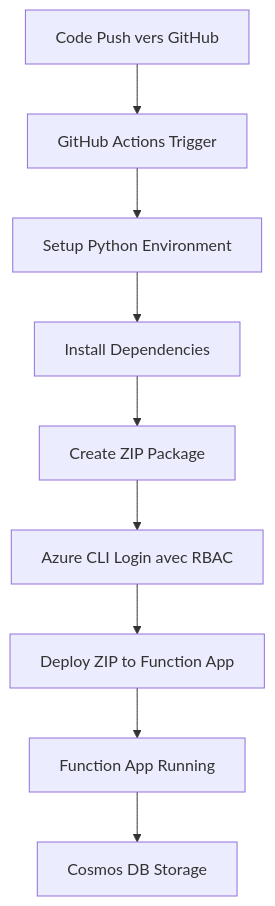
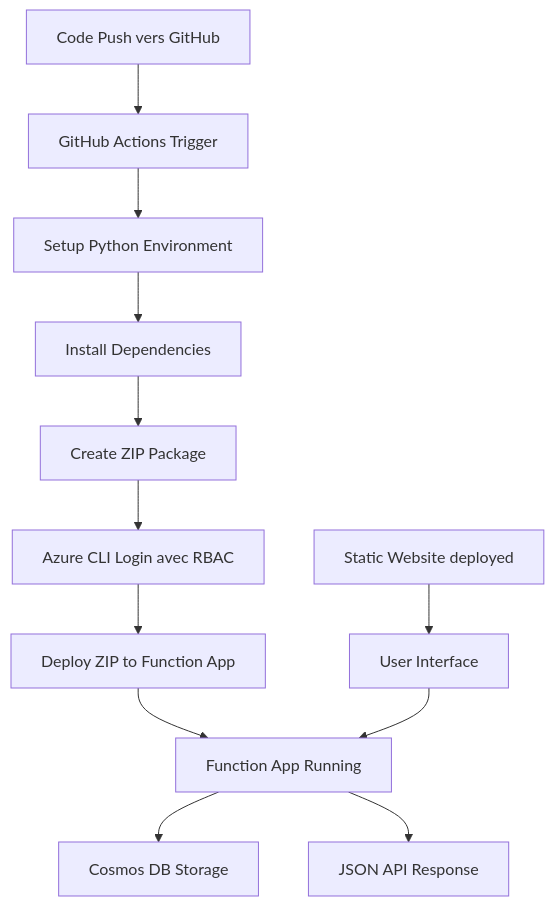
Before and after one commit to Glutenfree69/Azure_function: the first of 2 diagrams in README.md, drawn with Mermaid. The commit also changed other lines of this file, not shown here.

````diff
--- a/README.md
+++ b/README.md
@@ -54,11 +61,14 @@
 ```mermaid
 graph TD
     A[Code Push vers GitHub] --> B[GitHub Actions Trigger]
     B --> C[Setup Python Environment]
     C --> D[Install Dependencies]
     D --> E[Create ZIP Package]
     E --> F[Azure CLI Login avec RBAC]
     F --> G[Deploy ZIP to Function App]
     G --> H[Function App Running]
     H --> I[Cosmos DB Storage]
+    J[Static Website deployed] --> K[User Interface]
+    K --> H
+    H --> L[JSON API Response]
 ```
````
